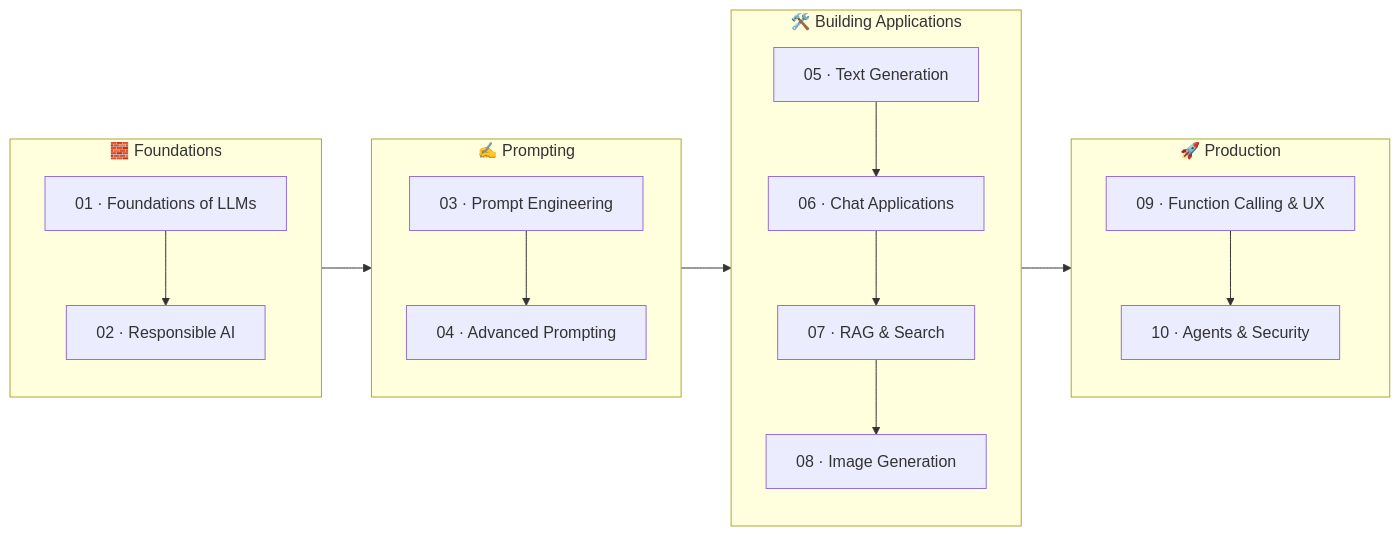
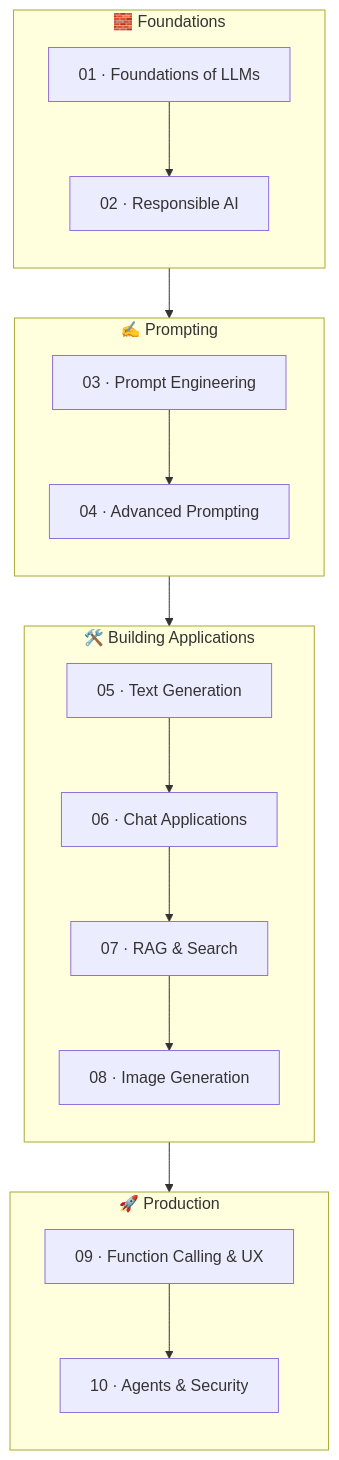
One commit to panteamkhh/llm-engineering-lab changed the diagram in README.md. Above: the diagram before and after it, drawn with Mermaid.

Commit message:
docs: stack learning path vertically so text renders larger

````diff
--- a/README.md
+++ b/README.md
@@ -72,27 +72,28 @@
 ```mermaid
-flowchart LR
+flowchart TD
     subgraph P1["🧱 Foundations"]
         direction TB
         A1["01 · Foundations of LLMs"] --> A2["02 · Responsible AI"]
     end
 
     subgraph P2["✍️ Prompting"]
         direction TB
         B1["03 · Prompt Engineering"] --> B2["04 · Advanced Prompting"]
     end
 
     subgraph P3["🛠️ Building Applications"]
         direction TB
         C1["05 · Text Generation"] --> C2["06 · Chat Applications"]
-        C2 --> C3["07 · RAG & Search"] --> C4["08 · Image Generation"]
+        C2 --> C3["07 · RAG & Search"]
+        C3 --> C4["08 · Image Generation"]
     end
 
     subgraph P4["🚀 Production"]
         direction TB
         D1["09 · Function Calling & UX"] --> D2["10 · Agents & Security"]
     end
 
     A2 --> B1
     B2 --> C1
     C4 --> D1
 ```
````
